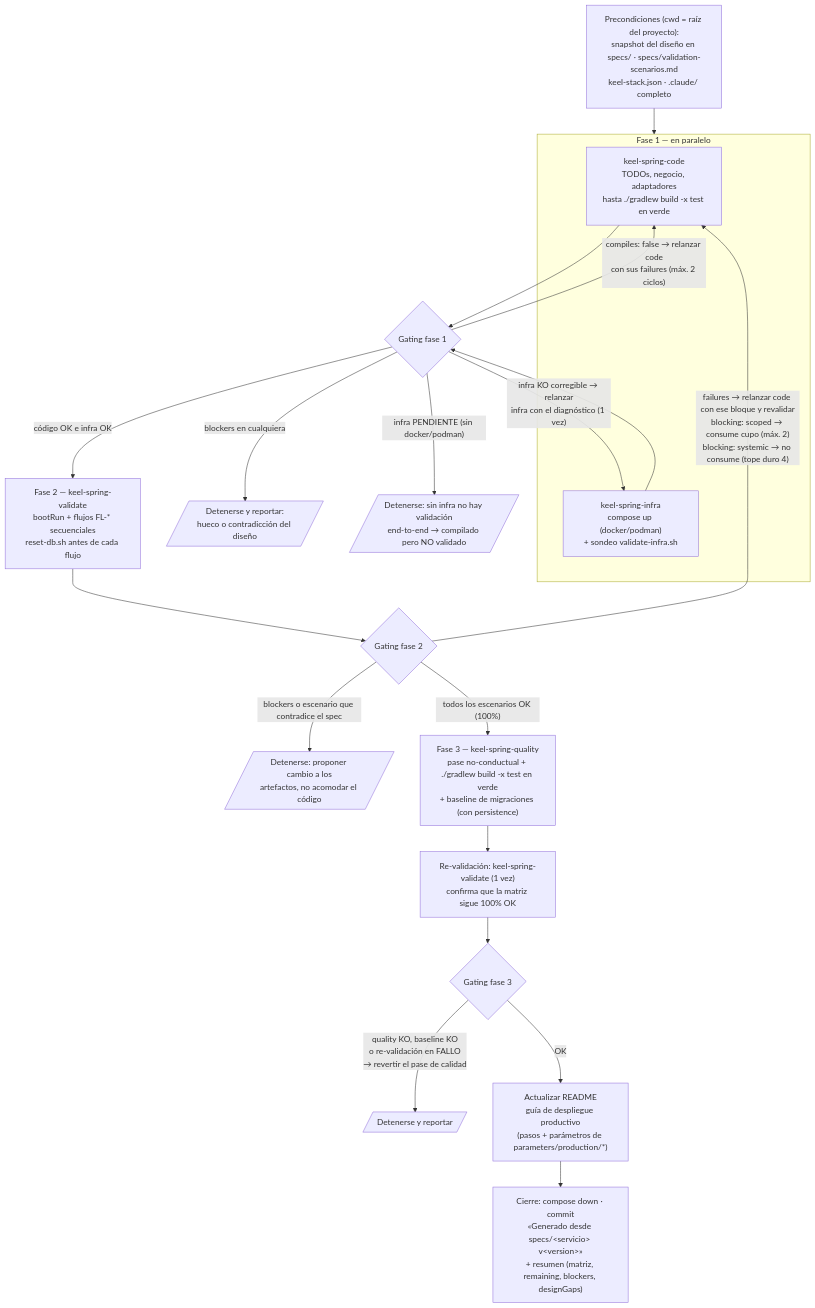
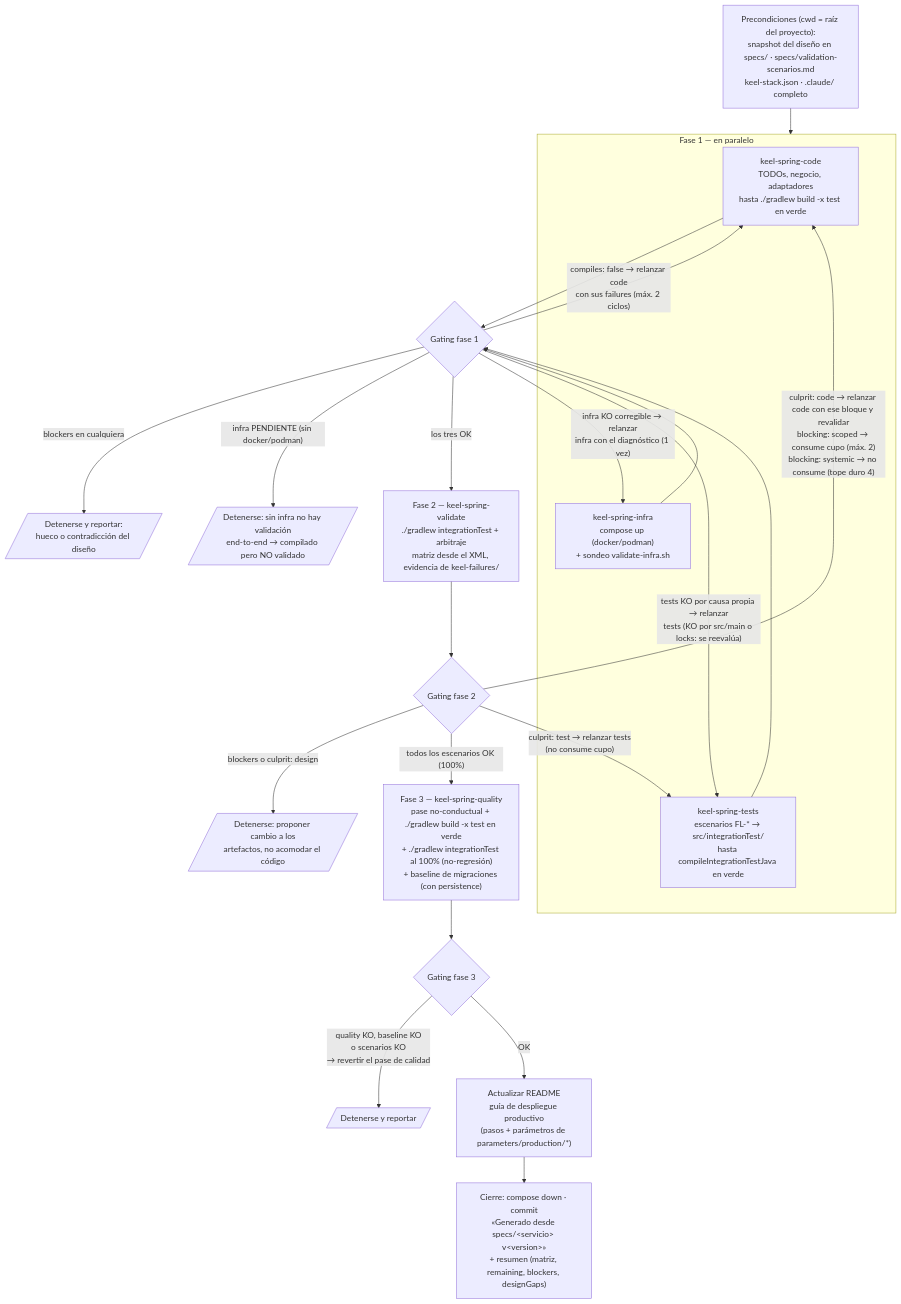
Before and after one commit to keel-system/keel: the diagram in packages/keel-spring/assets/generators/spring/orchestration.md, drawn with Mermaid. The commit also changed other lines of this file and 20 other files, not shown here.

First line of the commit message:
feat(integration-tests): add integration test scaffolding and validation scenarios

````diff
--- a/packages/keel-spring/assets/generators/spring/orchestration.md
+++ b/packages/keel-spring/assets/generators/spring/orchestration.md
@@ -29,31 +32,34 @@
 ```mermaid
 flowchart TB
     PRE["Precondiciones (cwd = raíz del proyecto):<br/>snapshot del diseño en specs/ · specs/validation-scenarios.md<br/>keel-stack.json · .claude/ completo"]
 
     PRE --> F1
     subgraph F1["Fase 1 — en paralelo"]
         CODE["keel-spring-code<br/>TODOs, negocio, adaptadores<br/>hasta ./gradlew build -x test en verde"]
         INFRA["keel-spring-infra<br/>compose up (docker/podman)<br/>+ sondeo validate-infra.sh"]
+        TESTS["keel-spring-tests<br/>escenarios FL-* → src/integrationTest/<br/>hasta compileIntegrationTestJava en verde"]
     end
 
     CODE --> GATE1{Gating fase 1}
     INFRA --> GATE1
+    TESTS --> GATE1
     GATE1 -->|"compiles: false → relanzar code<br/>con sus failures (máx. 2 ciclos)"| CODE
     GATE1 -->|"infra KO corregible → relanzar<br/>infra con el diagnóstico (1 vez)"| INFRA
+    GATE1 -->|"tests KO por causa propia → relanzar<br/>tests (KO por src/main o locks: se reevalúa)"| TESTS
     GATE1 -->|"blockers en cualquiera"| STOP1[/"Detenerse y reportar:<br/>hueco o contradicción del diseño"/]
     GATE1 -->|"infra PENDIENTE (sin docker/podman)"| STOP0[/"Detenerse: sin infra no hay validación<br/>end-to-end → compilado pero NO validado"/]
-    GATE1 -->|código OK e infra OK| VALIDATE
+    GATE1 -->|los tres OK| VALIDATE
 
-    VALIDATE["Fase 2 — keel-spring-validate<br/>bootRun + flujos FL-* secuenciales<br/>reset-db.sh antes de cada flujo"]
+    VALIDATE["Fase 2 — keel-spring-validate<br/>./gradlew integrationTest + arbitraje<br/>matriz desde el XML, evidencia de keel-failures/"]
     VALIDATE --> GATE2{Gating fase 2}
-    GATE2 -->|"failures → relanzar code con ese bloque y revalidar<br/>blocking: scoped → consume cupo (máx. 2)<br/>blocking: systemic → no consume (tope duro 4)"| CODE
-    GATE2 -->|"blockers o escenario que contradice el spec"| STOP2[/"Detenerse: proponer cambio a los<br/>artefactos, no acomodar el código"/]
+    GATE2 -->|"culprit: code → relanzar code con ese bloque y revalidar<br/>blocking: scoped → consume cupo (máx. 2)<br/>blocking: systemic → no consume (tope duro 4)"| CODE
+    GATE2 -->|"culprit: test → relanzar tests<br/>(no consume cupo)"| TESTS
+    GATE2 -->|"blockers o culprit: design"| STOP2[/"Detenerse: proponer cambio a los<br/>artefactos, no acomodar el código"/]
     GATE2 -->|"todos los escenarios OK (100%)"| QUALITY
 
-    QUALITY["Fase 3 — keel-spring-quality<br/>pase no-conductual + ./gradlew build -x test en verde<br/>+ baseline de migraciones (con persistence)"]
-    QUALITY --> REVAL["Re-validación: keel-spring-validate (1 vez)<br/>confirma que la matriz sigue 100% OK"]
-    REVAL --> GATE3{Gating fase 3}
-    GATE3 -->|"quality KO, baseline KO<br/>o re-validación en FALLO<br/>→ revertir el pase de calidad"| STOP3[/"Detenerse y reportar"/]
+    QUALITY["Fase 3 — keel-spring-quality<br/>pase no-conductual + ./gradlew build -x test en verde<br/>+ ./gradlew integrationTest al 100% (no-regresión)<br/>+ baseline de migraciones (con persistence)"]
+    QUALITY --> GATE3{Gating fase 3}
+    GATE3 -->|"quality KO, baseline KO<br/>o scenarios KO<br/>→ revertir el pase de calidad"| STOP3[/"Detenerse y reportar"/]
     GATE3 -->|OK| README["Actualizar README<br/>guía de despliegue productivo<br/>(pasos + parámetros de parameters/production/*)"]
     README --> CLOSE["Cierre: compose down · commit<br/>«Generado desde specs/&lt;servicio&gt; v&lt;version&gt;»<br/>+ resumen (matriz, remaining, blockers, designGaps)"]
 ```
````
